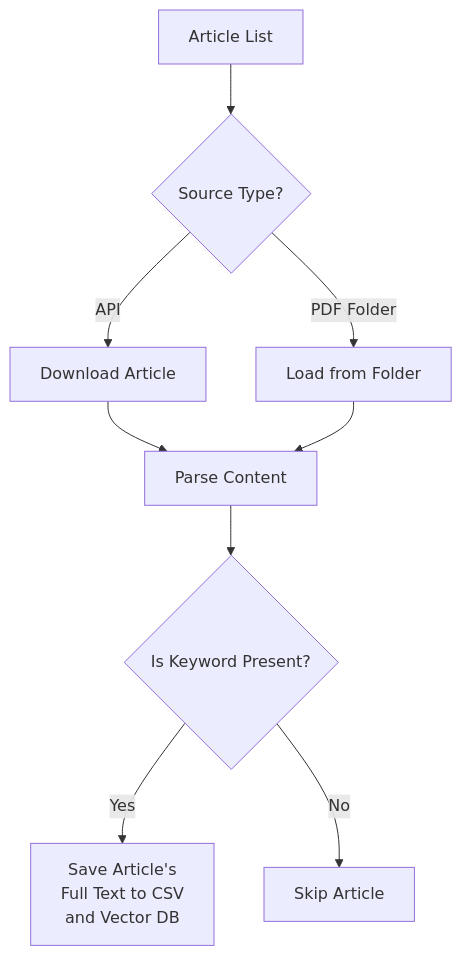
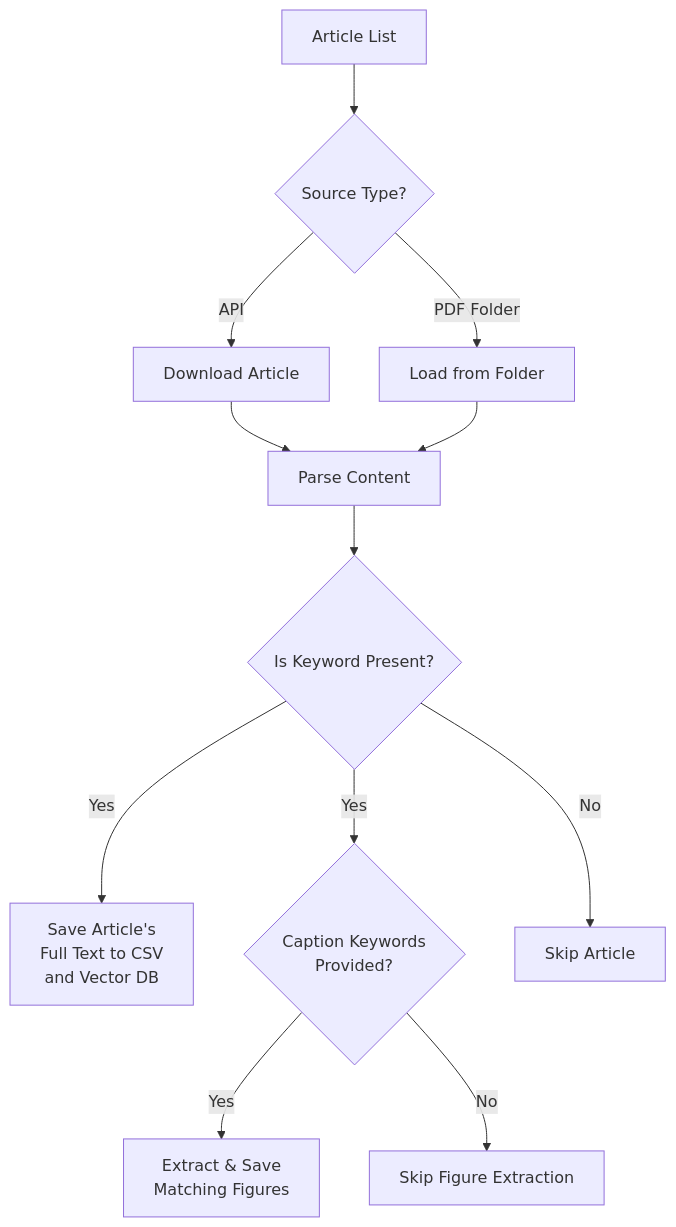
The diagram in docs/usage/article-processing.md (slimeslab/ComProScanner), drawn with Mermaid before and after one commit. The commit also changed other lines of this file and 12 other files, not shown here.

Commit message:
test, doc added for figure extraction functionality

````diff
--- a/docs/usage/article-processing.md
+++ b/docs/usage/article-processing.md
@@ -111,11 +122,14 @@
 ```mermaid
 graph TB
     A[Article List] --> B{Source Type?}
     B -->|API| C[Download Article]
     B -->|PDF Folder| D[Load from Folder]
     C --> E[Parse Content]
     D --> E
     E --> F{Is Keyword Present?}
     F --> |Yes| G[Save Article's<br>Full Text to CSV<br>and Vector DB]
+    F --> |Yes| I{Caption Keywords<br>Provided?}
+    I --> |Yes| J[Extract & Save<br>Matching Figures]
+    I --> |No| K[Skip Figure Extraction]
     F --> |No| H[Skip Article]
 ```
````
